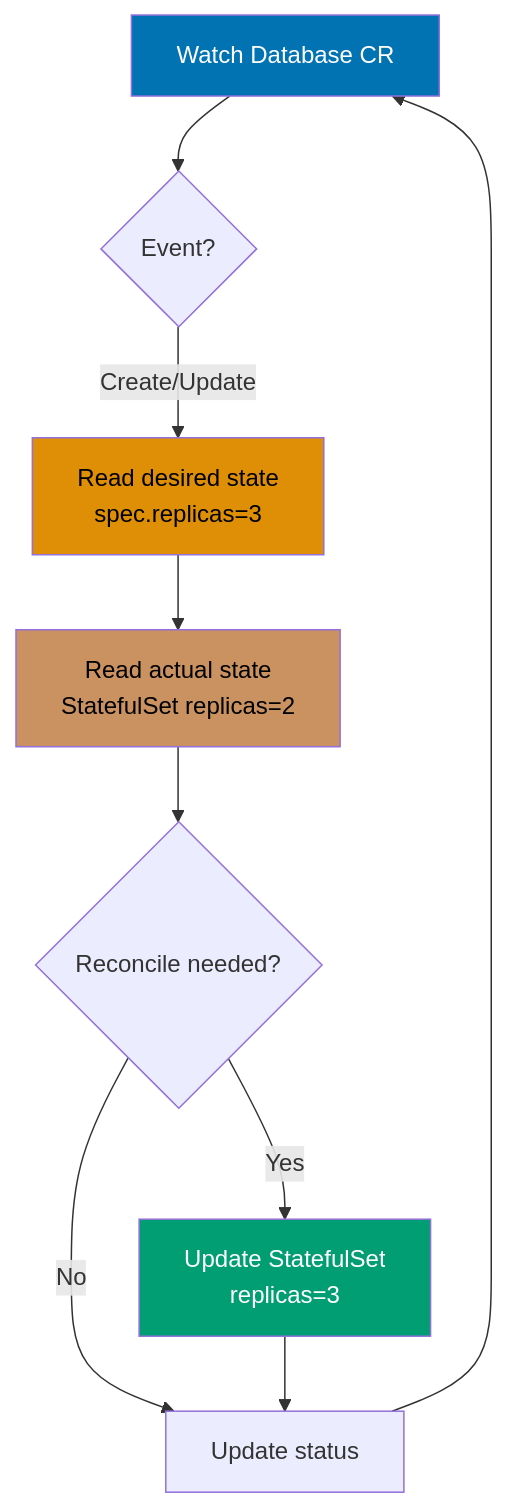
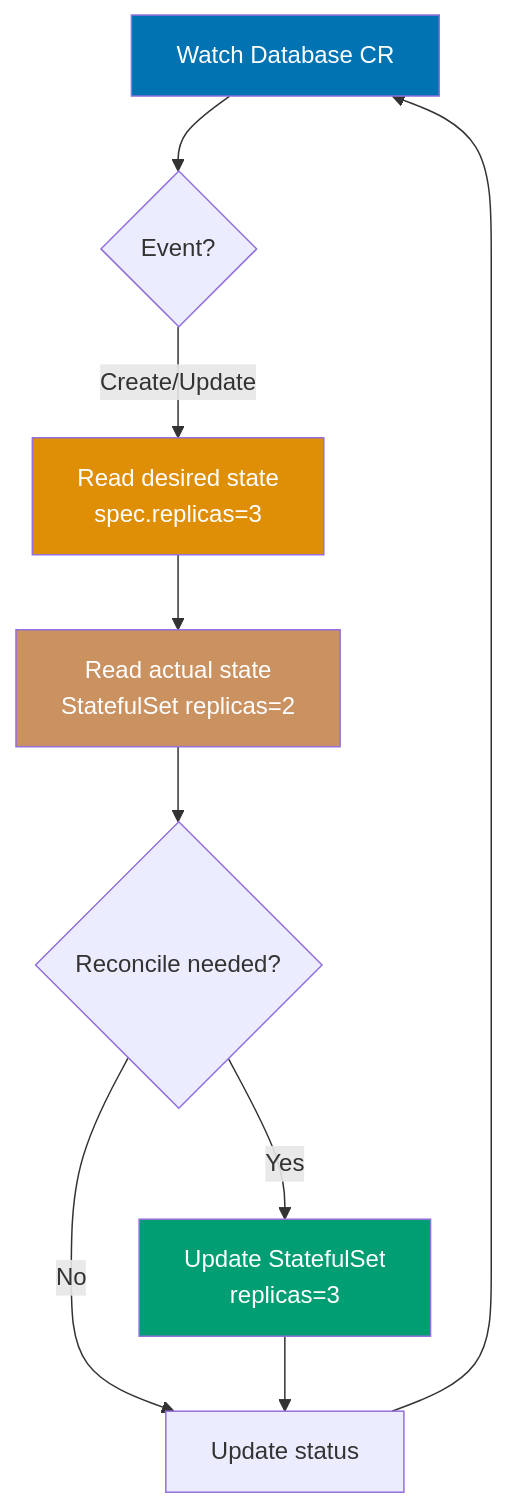
The sixth of 14 diagrams in apps/ayokoding-web/content/en/learn/software-engineering/infrastructure/tools/kubernetes/by-example/advanced.md (wahidyankf/open-sharia-enterprise), drawn with Mermaid before and after one commit. The commit also changed other lines of this file and 61 other files, not shown here.

First line of the commit message:
fix(ayokoding-web): quote Mermaid node labels with special characters in Example 63

````diff
--- a/apps/ayokoding-web/content/en/learn/software-engineering/infrastructure/tools/kubernetes/by-example/advanced.md
+++ b/apps/ayokoding-web/content/en/learn/software-engineering/infrastructure/tools/kubernetes/by-example/advanced.md
@@ -2031,17 +2031,17 @@
 ```mermaid
 %% Operator reconciliation loop
 graph TD
     A[Watch Database CR] --> B{Event?}
     B -->|Create/Update| C[Read desired state<br/>spec.replicas=3]
     C --> D[Read actual state<br/>StatefulSet replicas=2]
     D --> E{Reconcile needed?}
     E -->|Yes| F[Update StatefulSet<br/>replicas=3]
     E -->|No| G[Update status]
     F --> G
     G --> A
 
     style A fill:#0173B2,color:#fff
-    style C fill:#DE8F05,color:#000
-    style D fill:#CA9161,color:#000
+    style C fill:#DE8F05,color:#fff
+    style D fill:#CA9161,color:#fff
     style F fill:#029E73,color:#fff
 ```
````
